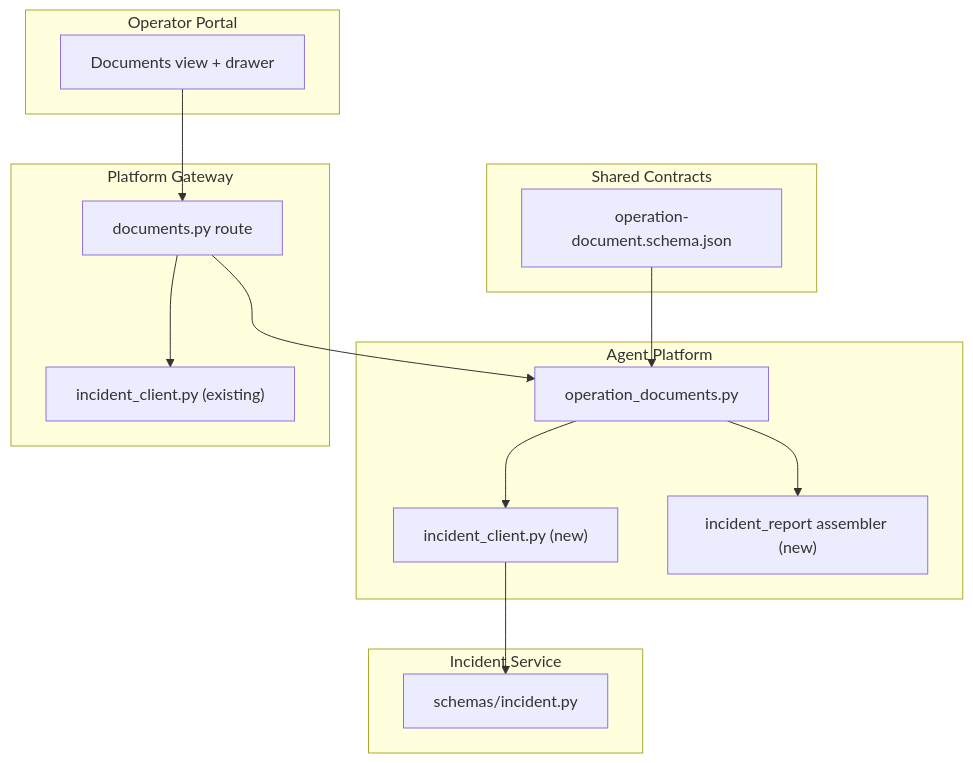
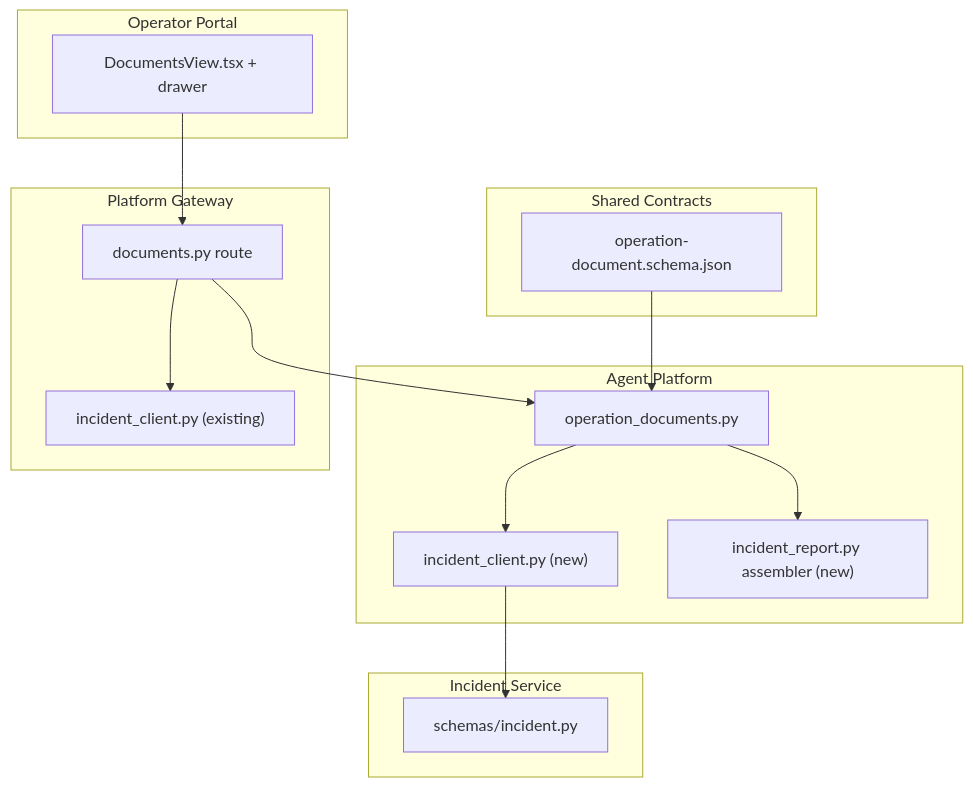
Before and after one commit to metasync/luban-aiops: the first of 6 diagrams in .qoder/repowiki/en/content/Architecture Documentation/SPEC-043_ Incident Report Document Type.md, drawn with Mermaid. The commit also changed other lines of this file and 72 other files, not shown here.

````diff
--- a/.qoder/repowiki/en/content/Architecture Documentation/SPEC-043_ Incident Report Document Type.md
+++ b/.qoder/repowiki/en/content/Architecture Documentation/SPEC-043_ Incident Report Document Type.md
@@ -49,28 +58,28 @@
 ```mermaid
 graph TB
 subgraph "Shared Contracts"
 S["operation-document.schema.json"]
 end
 subgraph "Agent Platform"
 AD["operation_documents.py"]
 AC["incident_client.py (new)"]
-AR["incident_report assembler (new)"]
+AR["incident_report.py assembler (new)"]
 end
 subgraph "Platform Gateway"
 GR["documents.py route"]
 IC["incident_client.py (existing)"]
 end
 subgraph "Incident Service"
 IS["schemas/incident.py"]
 end
 subgraph "Operator Portal"
-OP["Documents view + drawer"]
+OP["DocumentsView.tsx + drawer"]
 end
 S --> AD
 GR --> AD
 GR --> IC
 AD --> AC
 AD --> AR
 AC --> IS
 OP --> GR
 ```
````
